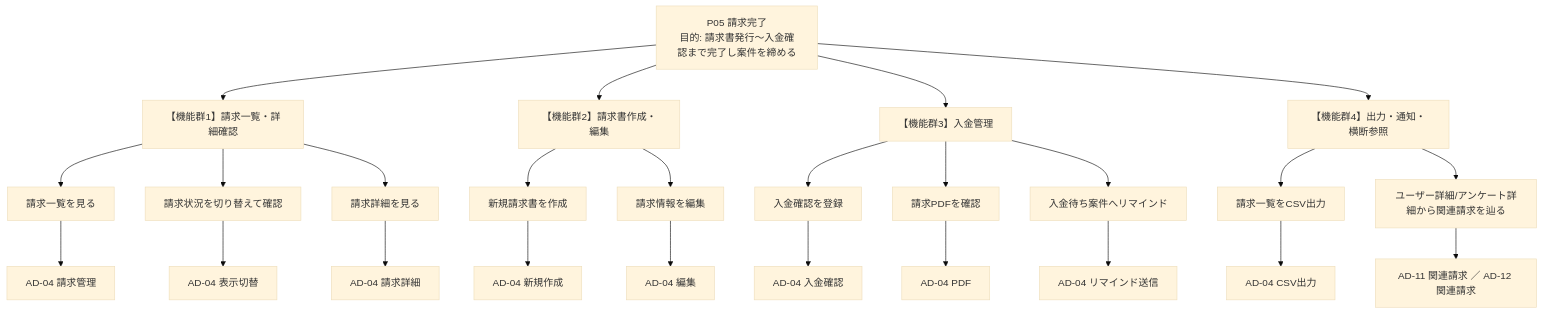
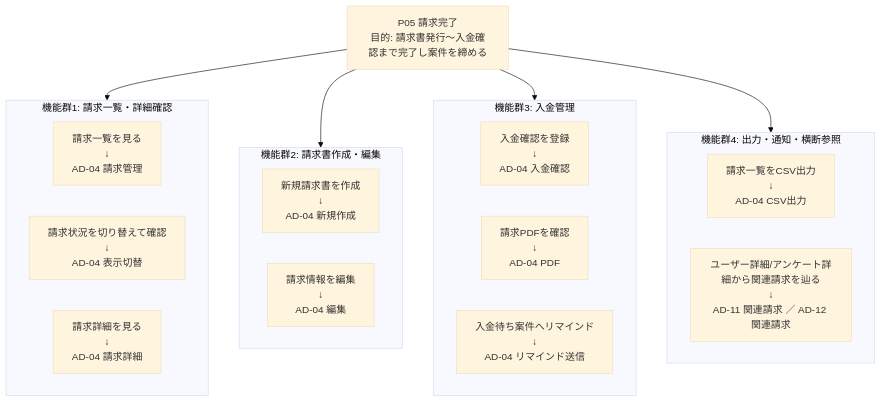
The sixth of 7 diagrams in docs/リライト版仕様書/admin/26_admin_function_genre_inventory.md (AbroadUmedaShota/SPPED-AD-TEST), drawn with Mermaid (base theme) before and after one commit. The commit also changed other lines of this file, not shown here.

````diff
--- a/docs/リライト版仕様書/admin/26_admin_function_genre_inventory.md
+++ b/docs/リライト版仕様書/admin/26_admin_function_genre_inventory.md
@@ -448,39 +408,31 @@
 ```mermaid
 flowchart TB
     Phase["P05 請求完了<br/>目的: 請求書発行〜入金確認まで完了し案件を締める"]
 
-    Phase --> F1["【機能群1】請求一覧・詳細確認"]
-    Phase --> F2["【機能群2】請求書作成・編集"]
-    Phase --> F3["【機能群3】入金管理"]
-    Phase --> F4["【機能群4】出力・通知・横断参照"]
+    subgraph G1["機能群1: 請求一覧・詳細確認"]
+      N1A["請求一覧を見る<br/>↓<br/>AD-04 請求管理"]
+      N1B["請求状況を切り替えて確認<br/>↓<br/>AD-04 表示切替"]
+      N1C["請求詳細を見る<br/>↓<br/>AD-04 請求詳細"]
+    end
 
-    F1 --> W1A["請求一覧を見る"]
-    W1A --> H1A["AD-04 請求管理"]
+    subgraph G2["機能群2: 請求書作成・編集"]
+      N2A["新規請求書を作成<br/>↓<br/>AD-04 新規作成"]
+      N2B["請求情報を編集<br/>↓<br/>AD-04 編集"]
+    end
 
-    F1 --> W1B["請求状況を切り替えて確認"]
-    W1B --> H1B["AD-04 表示切替"]
+    subgraph G3["機能群3: 入金管理"]
+      N3A["入金確認を登録<br/>↓<br/>AD-04 入金確認"]
+      N3B["請求PDFを確認<br/>↓<br/>AD-04 PDF"]
+      N3C["入金待ち案件へリマインド<br/>↓<br/>AD-04 リマインド送信"]
+    end
 
-    F1 --> W1C["請求詳細を見る"]
-    W1C --> H1C["AD-04 請求詳細"]
+    subgraph G4["機能群4: 出力・通知・横断参照"]
+      N4A["請求一覧をCSV出力<br/>↓<br/>AD-04 CSV出力"]
+      N4B["ユーザー詳細/アンケート詳細から関連請求を辿る<br/>↓<br/>AD-11 関連請求 ／ AD-12 関連請求"]
+    end
 
-    F2 --> W2A["新規請求書を作成"]
-    W2A --> H2A["AD-04 新規作成"]
-
-    F2 --> W2B["請求情報を編集"]
-    W2B --> H2B["AD-04 編集"]
-
-    F3 --> W3A["入金確認を登録"]
-    W3A --> H3A["AD-04 入金確認"]
-
-    F3 --> W3B["請求PDFを確認"]
-    W3B --> H3B["AD-04 PDF"]
-
-    F3 --> W3C["入金待ち案件へリマインド"]
-    W3C --> H3C["AD-04 リマインド送信"]
-
-    F4 --> W4A["請求一覧をCSV出力"]
-    W4A --> H4A["AD-04 CSV出力"]
-
-    F4 --> W4B["ユーザー詳細/アンケート詳細から関連請求を辿る"]
-    W4B --> H4B["AD-11 関連請求 ／ AD-12 関連請求"]
+    Phase --> G1
+    Phase --> G2
+    Phase --> G3
+    Phase --> G4
 ```
````
